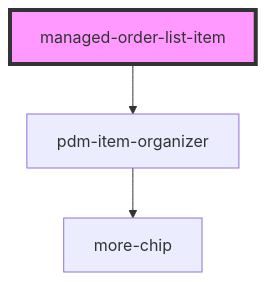
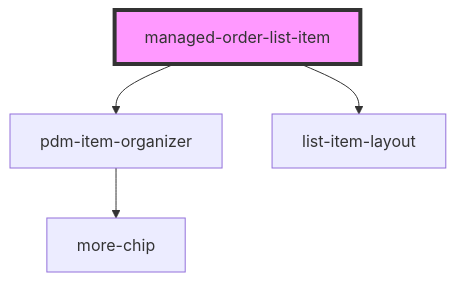
The diagram in pdm-web-components/src/components/managed-order-list-item/readme.md (PharmaLedger-IMI/fgt-workspace), drawn with Mermaid before and after one commit. The commit also changed other lines of this file and 23 other files, not shown here.

````diff
--- a/pdm-web-components/src/components/managed-order-list-item/readme.md
+++ b/pdm-web-components/src/components/managed-order-list-item/readme.md
@@ -44,6 +45,7 @@
 ```mermaid
 graph TD;
   managed-order-list-item --> pdm-item-organizer
+  managed-order-list-item --> list-item-layout
   pdm-item-organizer --> more-chip
   style managed-order-list-item fill:#f9f,stroke:#333,stroke-width:4px
 ```
````
